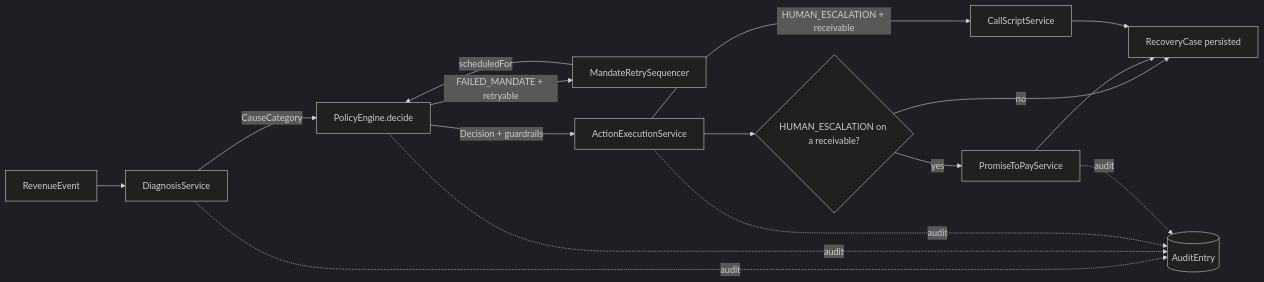
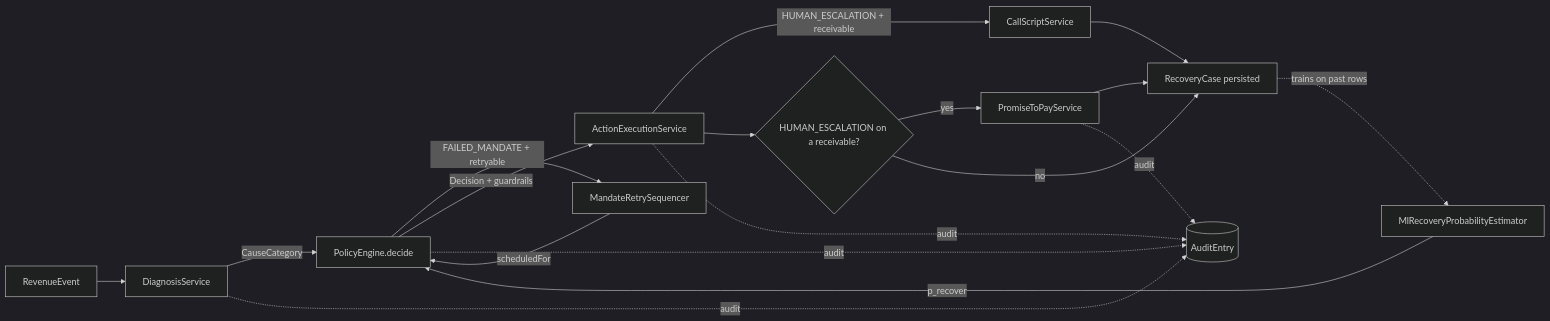
One commit to Siddardha-CH/razorpay-buildathon changed the first of 2 diagrams in docs/ARCHITECTURE.md. Above: the diagram before and after it, drawn with Mermaid (dark theme). The commit also changed other lines of this file and 25 other files, not shown here.

````diff
--- a/docs/ARCHITECTURE.md
+++ b/docs/ARCHITECTURE.md
@@ -10,18 +10,20 @@
 ```mermaid
 flowchart LR
     A[RevenueEvent] --> B[DiagnosisService]
     B -->|CauseCategory| C[PolicyEngine.decide]
+    P[MlRecoveryProbabilityEstimator] -->|p_recover| C
     C -->|"FAILED_MANDATE + retryable"| M[MandateRetrySequencer]
     M -->|scheduledFor| C
     C -->|Decision + guardrails| D[ActionExecutionService]
     D -->|HUMAN_ESCALATION + receivable| S[CallScriptService]
     D --> E{HUMAN_ESCALATION on a receivable?}
     E -->|yes| F[PromiseToPayService]
     E -->|no| G[RecoveryCase persisted]
     F --> G
     S --> G
+    G -.trains on past rows.-> P
     B -.audit.-> H[(AuditEntry)]
     C -.audit.-> H
     D -.audit.-> H
     F -.audit.-> H
 ```
````
